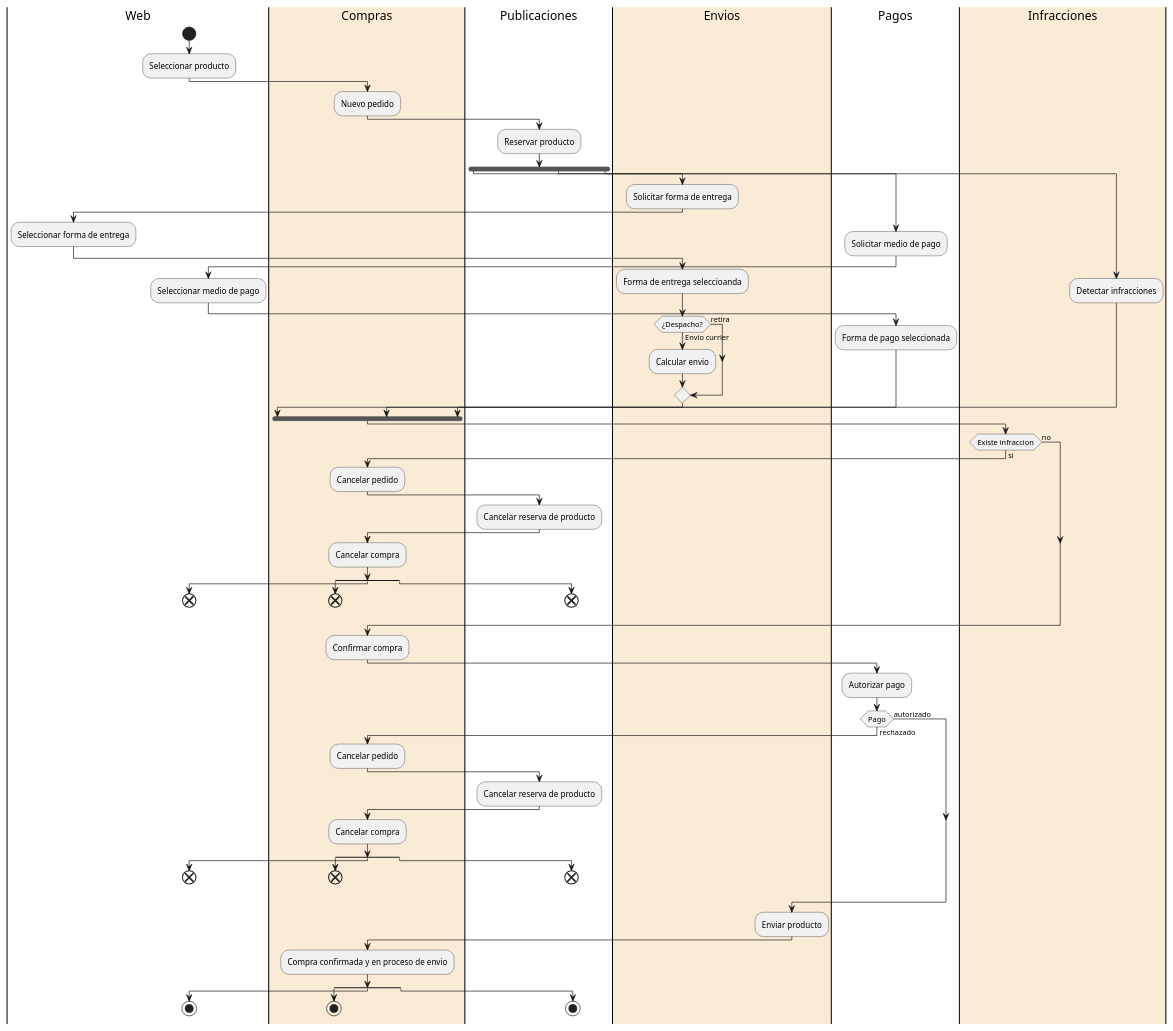
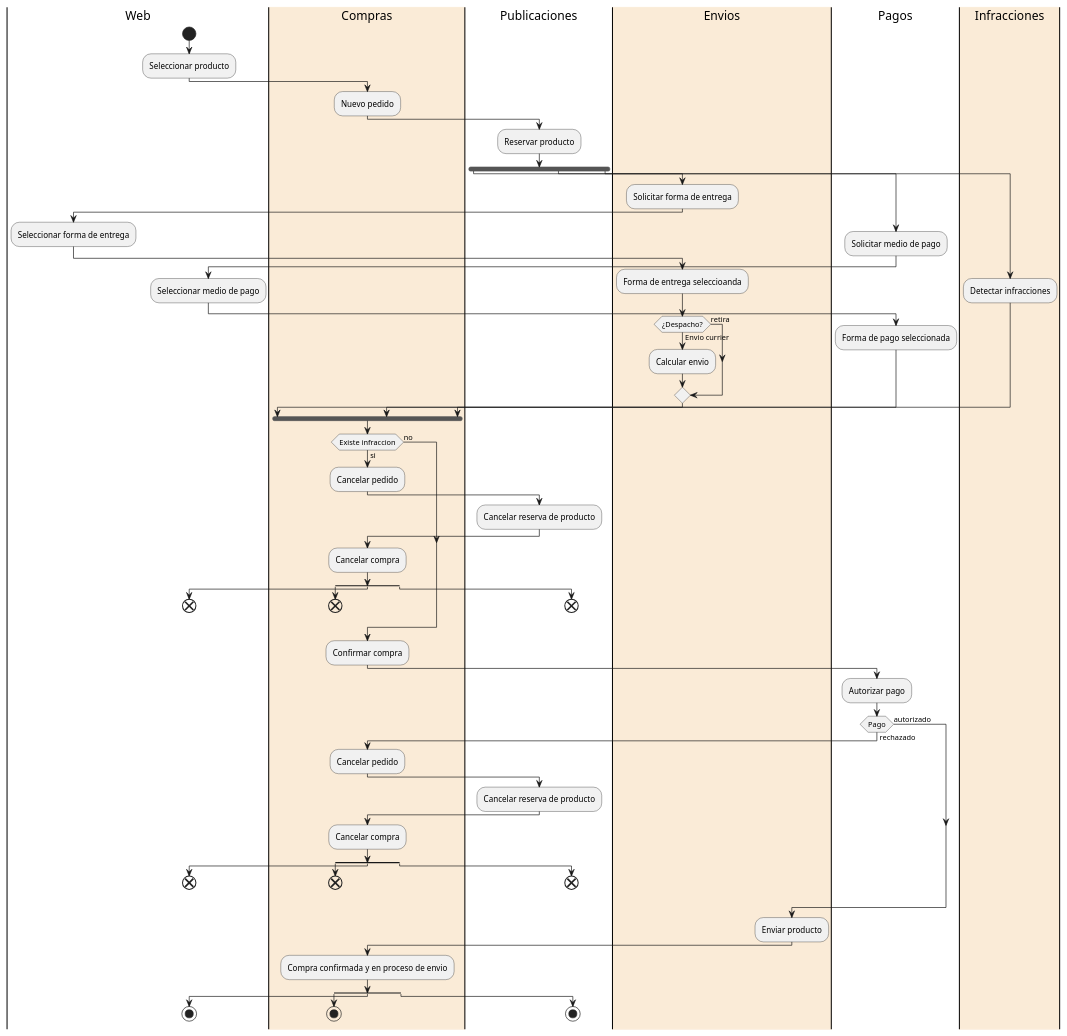
One commit to Ramiro1414/livre-markket changed the diagram in diagramas_de_actividades/workflow-livre-markket-servicios-paralelos-independientes.puml. Above: the diagram before and after it, drawn with PlantUML. The commit also changed 2 other files, not shown here.

Commit message:
cambio en el diagrama de actividades y reemplazo codigo por funcion

```diff
--- a/diagramas_de_actividades/workflow-livre-markket-servicios-paralelos-independientes.puml
+++ b/diagramas_de_actividades/workflow-livre-markket-servicios-paralelos-independientes.puml
@@ -1,90 +1,90 @@
 @startuml
 
 |Web|
 start
 :Seleccionar producto;
 |#AntiqueWhite|Compras|
 :Nuevo pedido;
 |Publicaciones|
 :Reservar producto;
 fork
   |#AntiqueWhite|Envios|
   :Solicitar forma de entrega;
   |Web|
   :Seleccionar forma de entrega;
   |Envios|
   :Forma de entrega seleccioanda;
   if (¿Despacho?) then (Envio currier)
       :Calcular envio;
   else (retira)
   endif
 fork again
   |Pagos|
   :Solicitar medio de pago;
   |Web|
   :Seleccionar medio de pago;
   |Pagos|
   :Forma de pago seleccionada;
 fork again
   |#AntiqueWhite|Infracciones|
   :Detectar infracciones;
   |Compras|
 end fork
-|Infracciones|
+|Compras|
 if (Existe infraccion) then (si)
     |Compras|
     :Cancelar pedido;
     |Publicaciones|
     :Cancelar reserva de producto;
     |Compras|
     :Cancelar compra;
     split
     end
     split again
     |Web|
     end
     split again
     |Publicaciones|
     end
     endsplit
 
 else (no)
 endif
 |Compras|
 :Confirmar compra;
 |Pagos|
 :Autorizar pago;
 if (Pago) then (rechazado)
     |Compras|
     :Cancelar pedido;
     |Publicaciones|
     :Cancelar reserva de producto;
     |Compras|
     :Cancelar compra;
     split
     end
     split again
     |Web|
     end
     split again
     |Publicaciones|
     end
     endsplit
 
 else (autorizado)
 endif
 |Envios|
 :Enviar producto;
 |Compras|
 :Compra confirmada y en proceso de envio;
 split
   |Compras|
   stop
 split again
   |Web|
   stop
 split again
   |Publicaciones|
   stop
 endsplit
 @enduml
```
